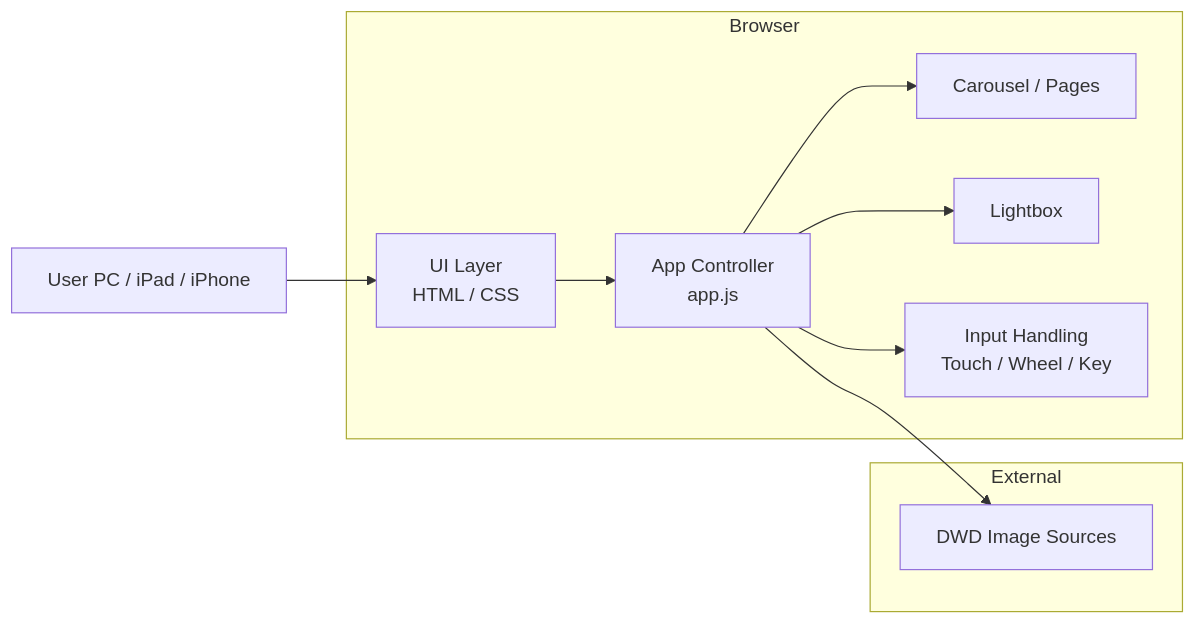
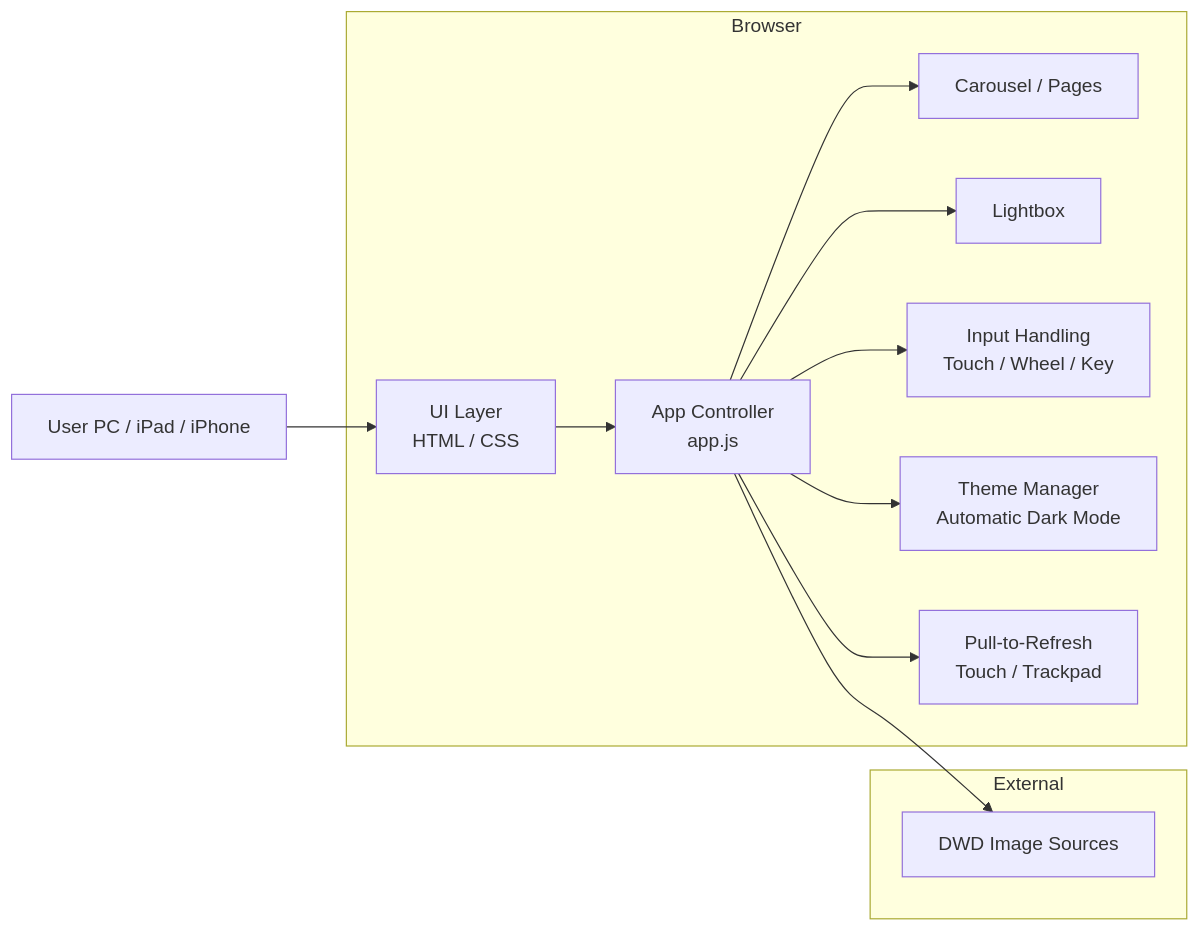
The diagram in docs/Gesamtarchitektur.md (w465jt7pm9-cpu/dwd-dashboard), drawn with Mermaid before and after one commit. The commit also changed 2 other files, not shown here.

Commit message:
Update architecture and docs for current release

````diff
--- a/docs/Gesamtarchitektur.md
+++ b/docs/Gesamtarchitektur.md
@@ -3,20 +3,24 @@
 ```mermaid
 flowchart LR
   User[User PC / iPad / iPhone]
   subgraph Browser
     UI[UI Layer<br/>HTML / CSS]
     App[App Controller<br/>app.js]
     Carousel[Carousel / Pages]
     Lightbox[Lightbox]
     Gestures[Input Handling<br/>Touch / Wheel / Key]
+    Theme[Theme Manager<br/>Automatic Dark Mode]
+    Refresh[Pull-to-Refresh<br/>Touch / Trackpad]
   end
   subgraph External
     DWD[DWD Image Sources]
   end
   User --> UI
   UI --> App
   App --> Carousel
   App --> Lightbox
   App --> Gestures
+  App --> Theme
+  App --> Refresh
   App --> DWD
 ```
````
